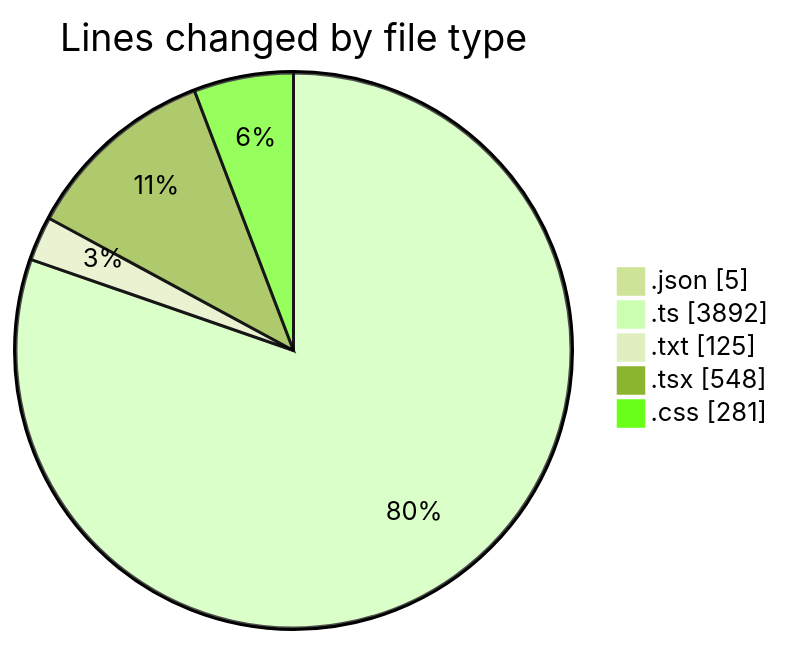
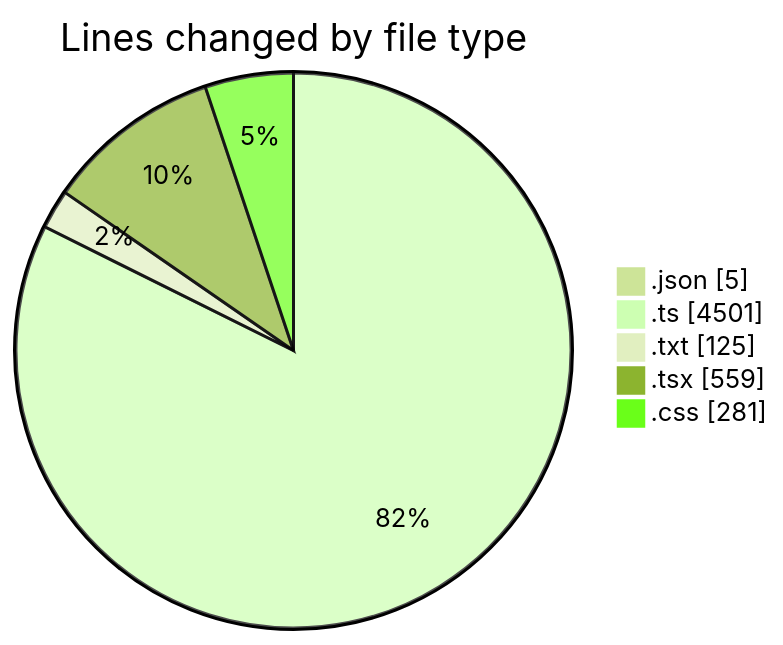
The first of 2 diagrams in 2025-05-27/ecodeli-1/README.md (CELIANVF/code-tracking), drawn with Mermaid (forest theme) before and after one commit. The commit also changed other lines of this file and 1 other file, not shown here.

````diff
--- a/2025-05-27/ecodeli-1/README.md
+++ b/2025-05-27/ecodeli-1/README.md
@@ -29,9 +30,9 @@
 ```mermaid
 pie showData
 title Lines changed by file type
 ".json" : 5
-".ts" : 3892
+".ts" : 4501
 ".txt" : 125
-".tsx" : 548
+".tsx" : 559
 ".css" : 281
 ```
````
